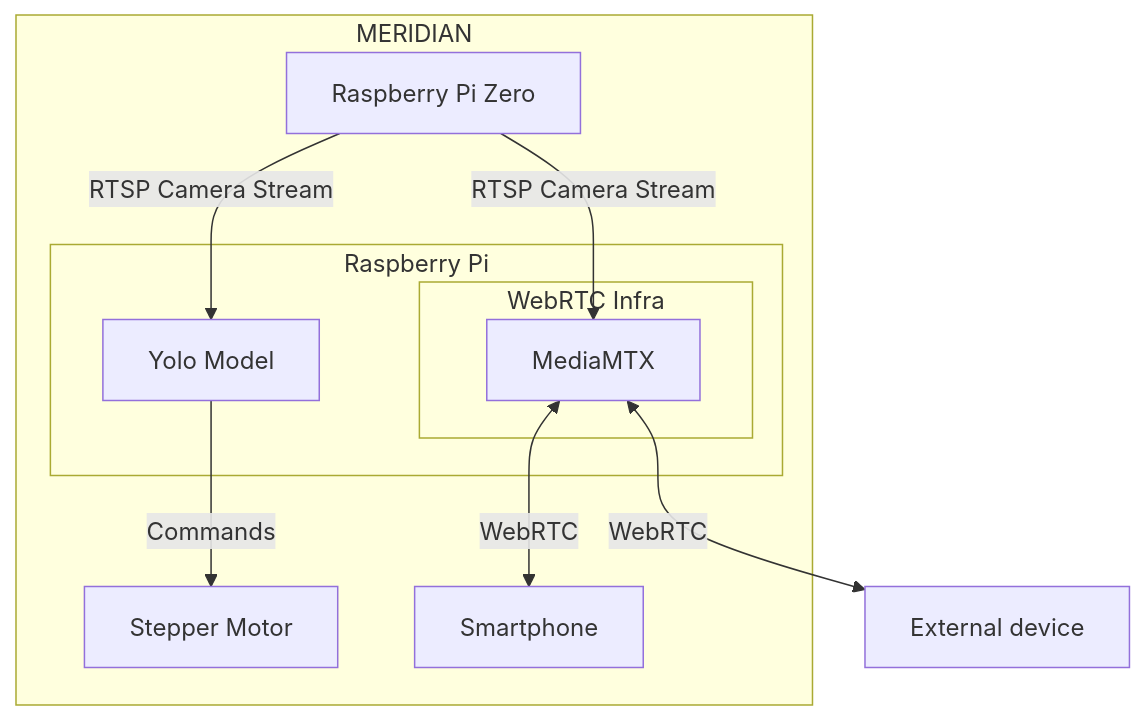
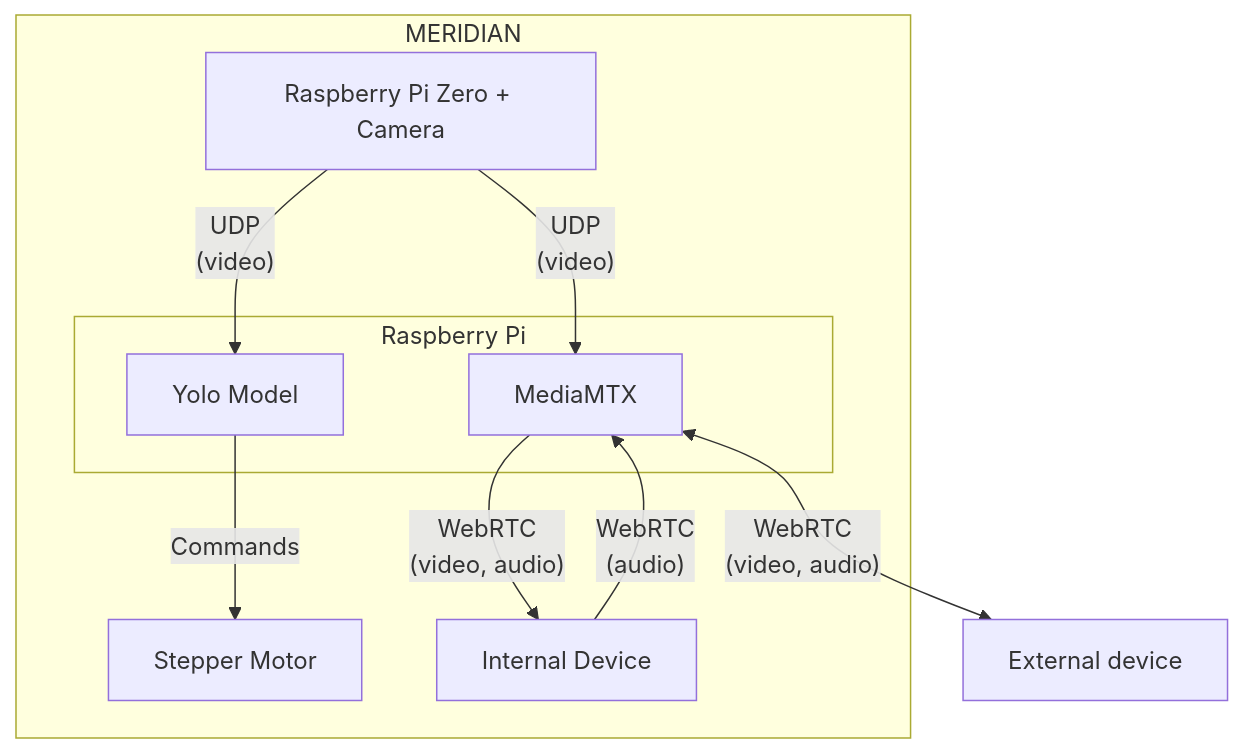
The diagram in README.md (bwt2/MERIDIAN), drawn with Mermaid before and after one commit. The commit also changed 6 other files, not shown here.

````diff
--- a/README.md
+++ b/README.md
@@ -19,21 +19,20 @@
 ```mermaid
 flowchart TD
 subgraph MERIDIAN
     subgraph Raspberry Pi
-        subgraph WebRTC Infra 
-            MM["MediaMTX"]
-        end
+        MM["MediaMTX"]
         ym["Yolo Model"]
     end
-    rpi0["Raspberry Pi Zero"]
+    rpi0["Raspberry Pi Zero + Camera"]
     m["Stepper Motor"]
-    sm["Smartphone"]
+    id["Internal Device"]
 end
 ed["External device"]
 
 ym -- "Commands" --> m
-rpi0 -- "RTSP Camera Stream" --> ym
-rpi0 -- "RTSP Camera Stream" --> MM
-MM <-- "WebRTC" --> ed
-MM <-- "WebRTC" --> sm
+rpi0 -- "UDP<br>(video)" --> ym
+rpi0 -- "UDP<br>(video)" --> MM
+MM <-- "WebRTC<br>(video, audio)" --> ed
+MM -- "WebRTC<br>(video, audio)" --> id
+id -- "WebRTC<br>(audio)" --> MM
 ```
````
